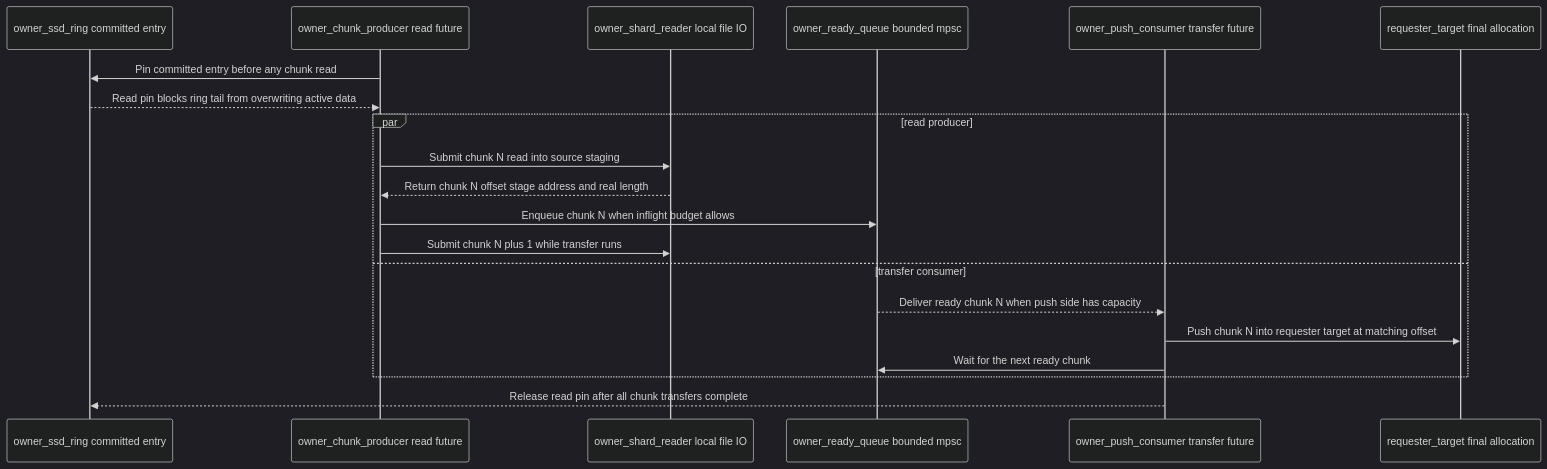
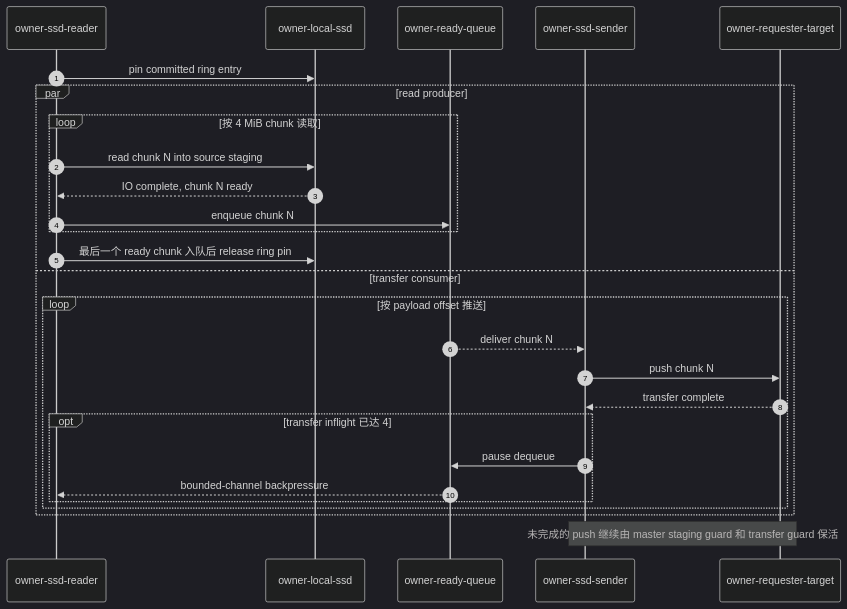
One commit to Tele-AI/Fluxon changed the third of 8 diagrams in fluxon_doc_cn/design/kv_5_SSD存储设计.md. Above: the diagram before and after it, drawn with Mermaid (dark theme). The commit also changed other lines of this file and 8 other files, not shown here.

````diff
--- a/fluxon_doc_cn/design/kv_5_SSD存储设计.md
+++ b/fluxon_doc_cn/design/kv_5_SSD存储设计.md
@@ -422,22 +624,30 @@
 ```mermaid
 sequenceDiagram
-    participant owner_ssd_ring as owner_ssd_ring committed entry
-    participant owner_chunk_producer as owner_chunk_producer read future
-    participant owner_shard_reader as owner_shard_reader local file IO
-    participant owner_ready_queue as owner_ready_queue bounded mpsc
-    participant owner_push_consumer as owner_push_consumer transfer future
-    participant requester_target as requester_target final allocation
-    owner_chunk_producer->>owner_ssd_ring: Pin committed entry before any chunk read
-    owner_ssd_ring-->>owner_chunk_producer: Read pin blocks ring tail from overwriting active data
+    autonumber
+    participant owner_reader as owner-ssd-reader
+    participant owner_media as owner-local-ssd
+    participant owner_queue as owner-ready-queue
+    participant owner_sender as owner-ssd-sender
+    participant owner_target as owner-requester-target
+
+    owner_reader->>owner_media: pin committed ring entry
     par read producer
-        owner_chunk_producer->>owner_shard_reader: Submit chunk N read into source staging
-        owner_shard_reader-->>owner_chunk_producer: Return chunk N offset stage address and real length
-        owner_chunk_producer->>owner_ready_queue: Enqueue chunk N when inflight budget allows
-        owner_chunk_producer->>owner_shard_reader: Submit chunk N plus 1 while transfer runs
+        loop 按 4 MiB chunk 读取
+            owner_reader->>owner_media: read chunk N into source staging
+            owner_media-->>owner_reader: IO complete, chunk N ready
+            owner_reader->>owner_queue: enqueue chunk N
+        end
+        owner_reader->>owner_media: 最后一个 ready chunk 入队后 release ring pin
     and transfer consumer
-        owner_ready_queue-->>owner_push_consumer: Deliver ready chunk N when push side has capacity
-        owner_push_consumer->>requester_target: Push chunk N into requester target at matching offset
-        owner_push_consumer->>owner_ready_queue: Wait for the next ready chunk
+        loop 按 payload offset 推送
+            owner_queue-->>owner_sender: deliver chunk N
+            owner_sender->>owner_target: push chunk N
+            owner_target-->>owner_sender: transfer complete
+            opt transfer inflight 已达 4
+                owner_sender->>owner_queue: pause dequeue
+                owner_queue-->>owner_reader: bounded-channel backpressure
+            end
+        end
     end
-    owner_push_consumer-->>owner_ssd_ring: Release read pin after all chunk transfers complete
+    Note over owner_sender,owner_target: 未完成的 push 继续由 master staging guard 和 transfer guard 保活
 ```
````
